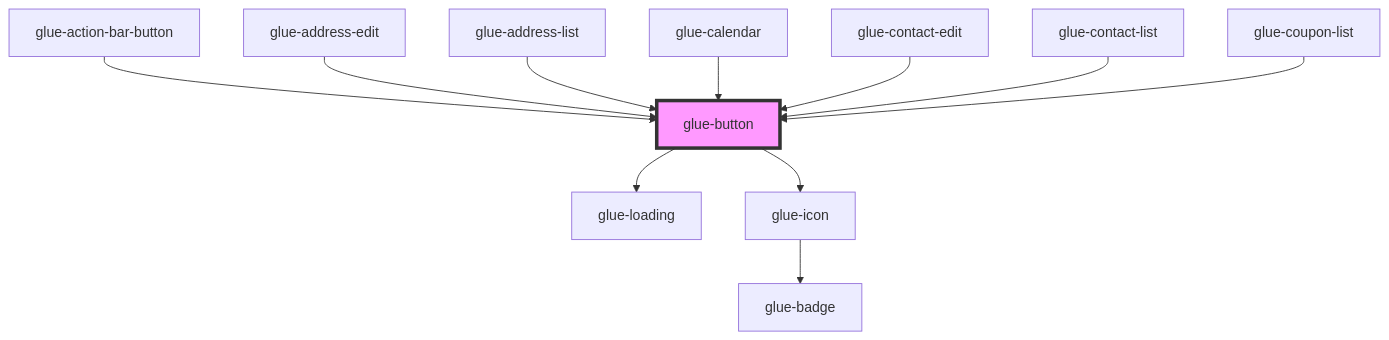
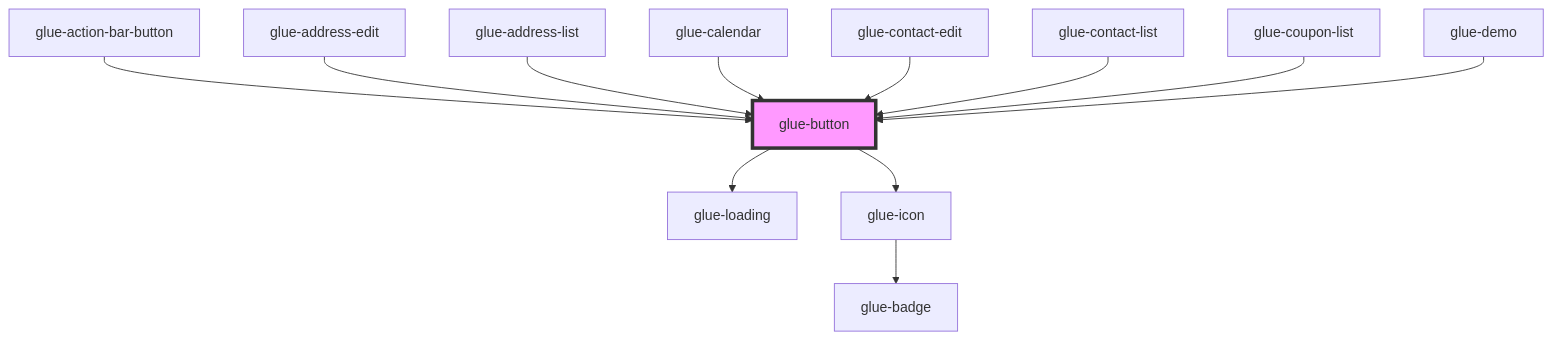
Before and after one commit to grasilife/glue: the diagram in packages/glue-components/src/components/glue-button/readme.md, drawn with Mermaid. The commit also changed other lines of this file and 100 other files, not shown here.

````diff
--- a/packages/glue-components/src/components/glue-button/readme.md
+++ b/packages/glue-components/src/components/glue-button/readme.md
@@ -54,14 +57,15 @@
 ```mermaid
 graph TD;
   glue-button --> glue-loading
   glue-button --> glue-icon
   glue-icon --> glue-badge
   glue-action-bar-button --> glue-button
   glue-address-edit --> glue-button
   glue-address-list --> glue-button
   glue-calendar --> glue-button
   glue-contact-edit --> glue-button
   glue-contact-list --> glue-button
   glue-coupon-list --> glue-button
+  glue-demo --> glue-button
   style glue-button fill:#f9f,stroke:#333,stroke-width:4px
 ```
````
